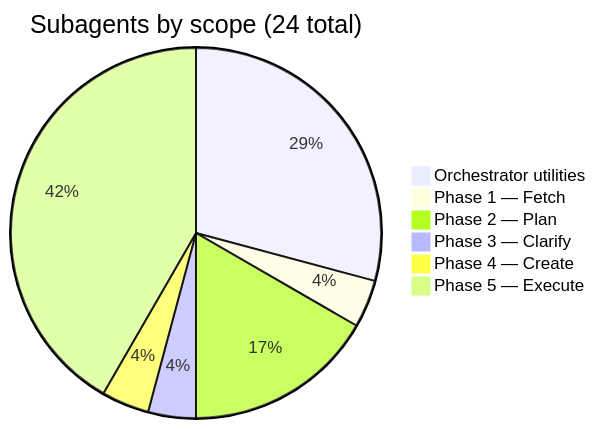
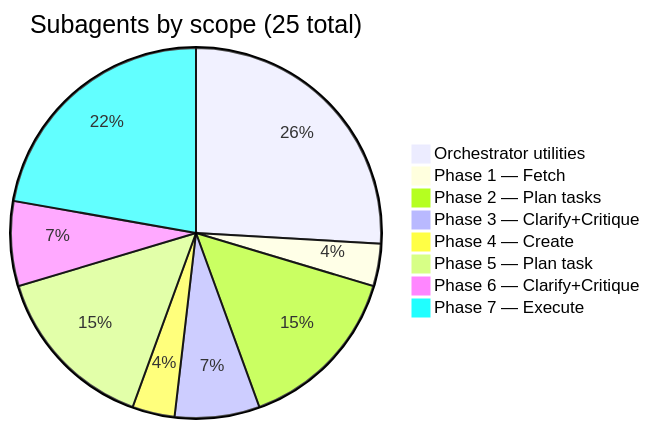
Before and after one commit to b-mendoza/agent-skills: the diagram in docs/orchestrating-jira-workflow/02-subagent-registry.md, drawn with Mermaid. The commit also changed other lines of this file and 5 other files, not shown here.

First line of the commit message:
docs(orchestrating-jira-workflow): update architecture docs for 7-phase pipeline

````diff
--- a/docs/orchestrating-jira-workflow/02-subagent-registry.md
+++ b/docs/orchestrating-jira-workflow/02-subagent-registry.md
@@ -9,9 +9,11 @@
 ```mermaid
-pie title Subagents by scope (24 total)
+pie title Subagents by scope (25 total)
     "Orchestrator utilities" : 7
     "Phase 1 — Fetch" : 1
-    "Phase 2 — Plan" : 4
-    "Phase 3 — Clarify" : 1
+    "Phase 2 — Plan tasks" : 4
+    "Phase 3 — Clarify+Critique" : 2
     "Phase 4 — Create" : 1
-    "Phase 5 — Execute" : 10
+    "Phase 5 — Plan task" : 4
+    "Phase 6 — Clarify+Critique" : 2
+    "Phase 7 — Execute" : 6
 ```
````
